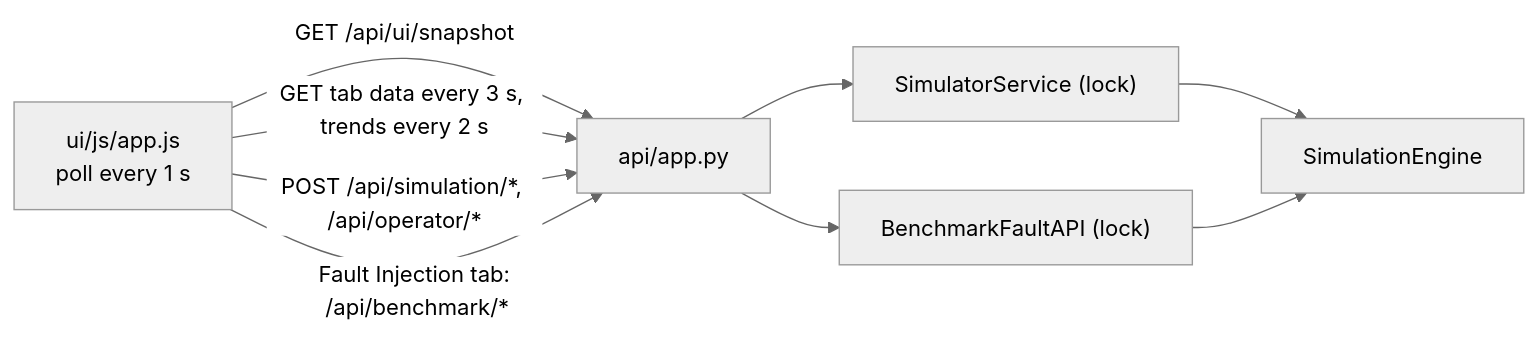
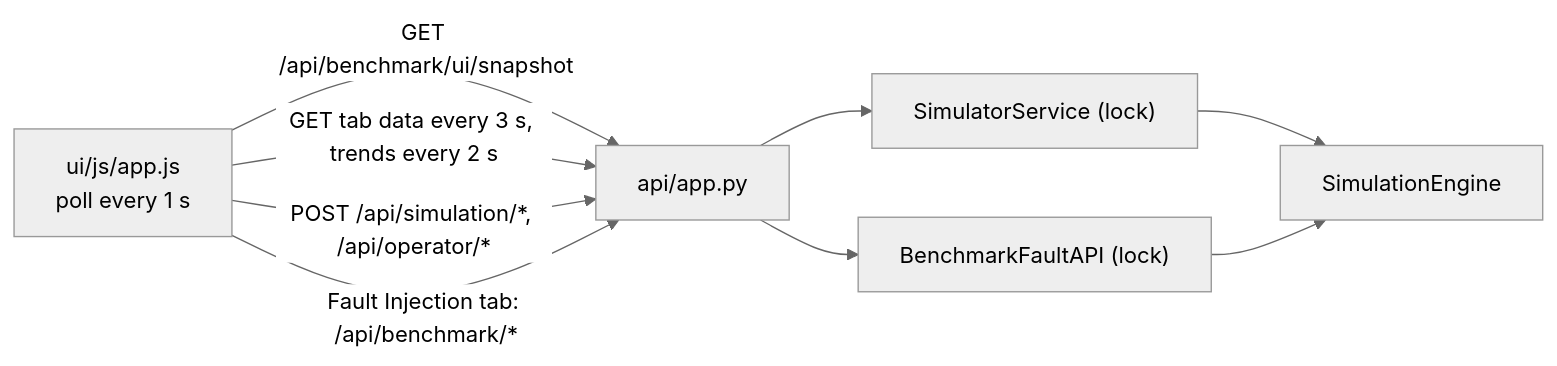
Before and after one commit to rishabhvenketeshNIST/IndustrialAgentContextBenchmark: the fifth of 5 diagrams in docs/01_overview/architecture.md, drawn with Mermaid (neutral theme). The commit also changed other lines of this file and 43 other files, not shown here.

````diff
--- a/docs/01_overview/architecture.md
+++ b/docs/01_overview/architecture.md
@@ -176,11 +176,11 @@
 ```mermaid
 flowchart LR
-  UI["ui/js/app.js<br/>poll every 1 s"] -->|"GET /api/ui/snapshot"| APP["api/app.py"]
+  UI["ui/js/app.js<br/>poll every 1 s"] -->|"GET /api/benchmark/ui/snapshot"| APP["api/app.py"]
   UI -->|"GET tab data every 3 s, trends every 2 s"| APP
   UI -->|"POST /api/simulation/*, /api/operator/*"| APP
   UI -->|"Fault Injection tab: /api/benchmark/*"| APP
   APP --> SVC["SimulatorService (lock)"]
   APP --> BEN["BenchmarkFaultAPI (lock)"]
   SVC --> ENG["SimulationEngine"]
   BEN --> ENG
 ```
````
